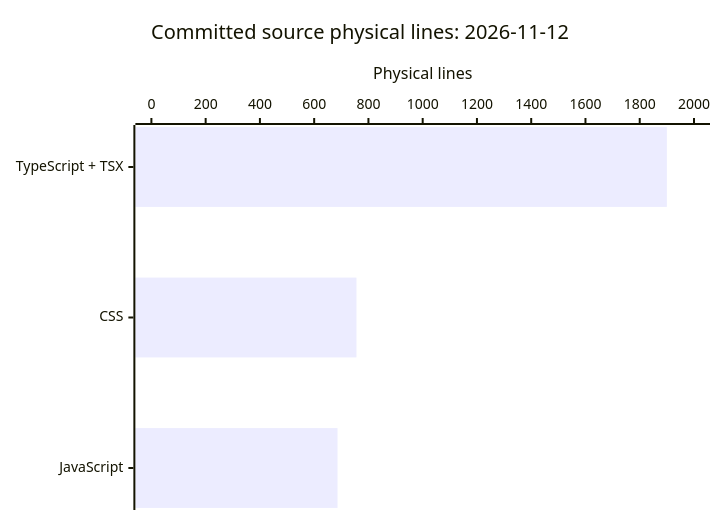
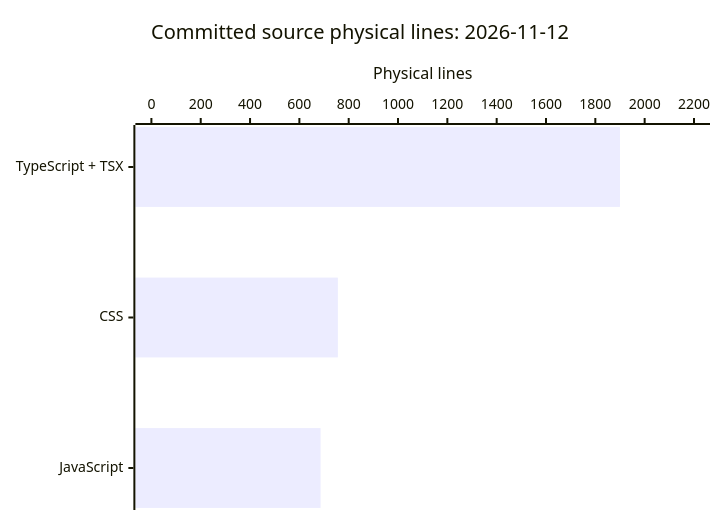
The diagram in droid-wiki/by-the-numbers.md (FactoryDemo/demo-storefront-practice), drawn with Mermaid before and after one commit. The commit also changed other lines of this file and 18 other files, not shown here.

````diff
--- a/droid-wiki/by-the-numbers.md
+++ b/droid-wiki/by-the-numbers.md
@@ -23,7 +28,7 @@
 ```mermaid
 xychart-beta horizontal
   title "Committed source physical lines: 2026-11-12"
   x-axis ["TypeScript + TSX", "CSS", "JavaScript"]
-  y-axis "Physical lines" 0 --> 2000
+  y-axis "Physical lines" 0 --> 2200
   bar [1900, 756, 686]
 ```
````
